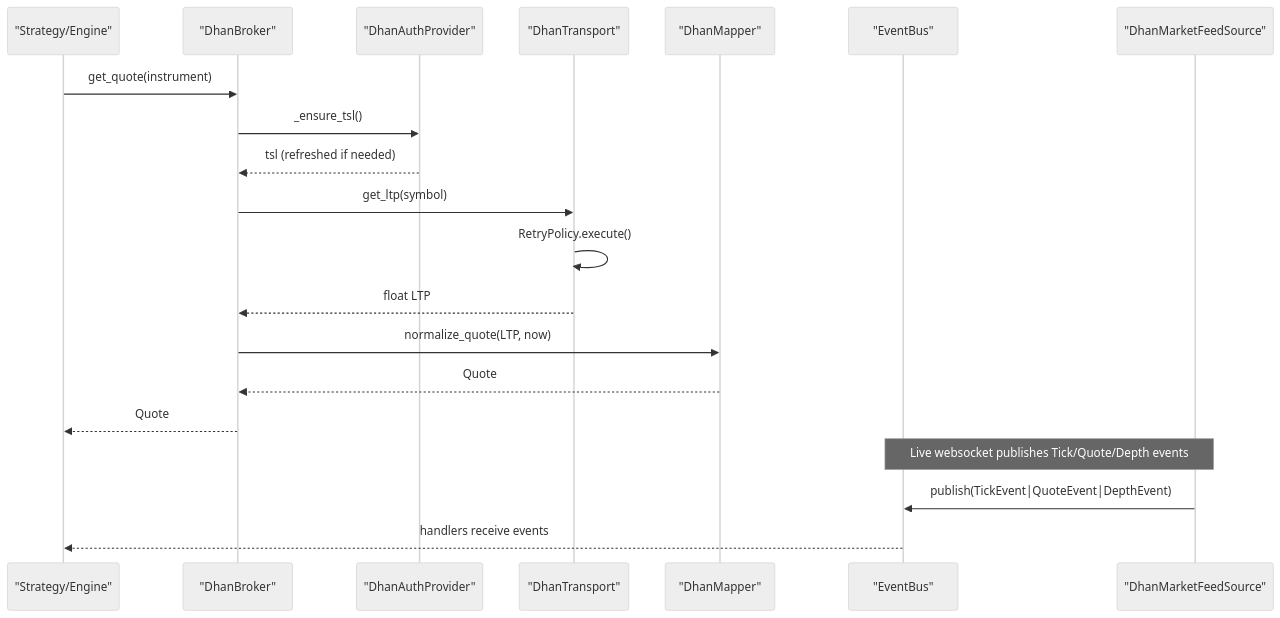
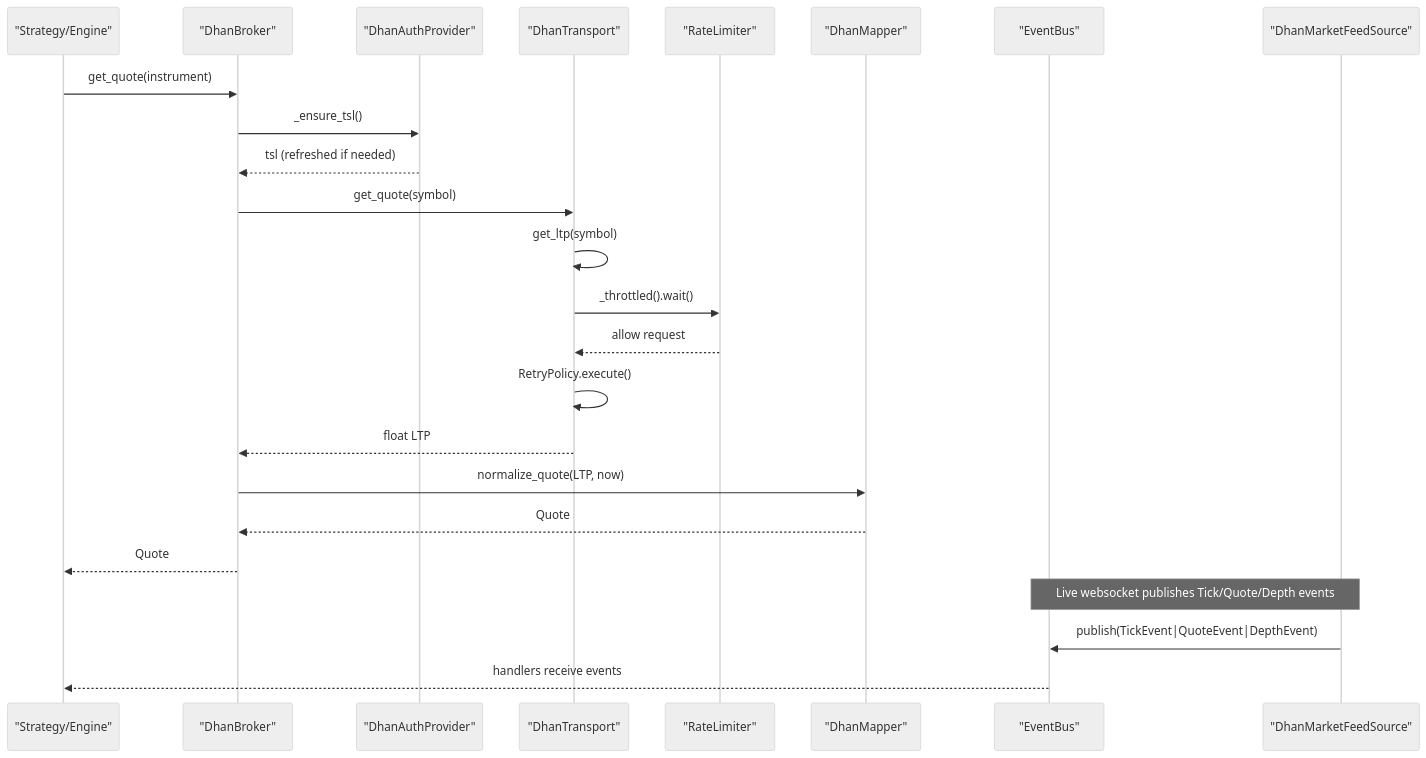
Before and after one commit to Ganesh-Kusundal/nTrade: the second of 11 diagrams in .qoder/repowiki/en/content/Broker Integration/Transport Layer & Connectivity.md, drawn with Mermaid (neutral theme). The commit also changed other lines of this file and 331 other files, not shown here.

````diff
--- a/.qoder/repowiki/en/content/Broker Integration/Transport Layer & Connectivity.md
+++ b/.qoder/repowiki/en/content/Broker Integration/Transport Layer & Connectivity.md
@@ -146,22 +163,26 @@
 ```mermaid
 sequenceDiagram
 participant App as "Strategy/Engine"
 participant Broker as "DhanBroker"
 participant Auth as "DhanAuthProvider"
 participant Trans as "DhanTransport"
+participant Limiter as "RateLimiter"
 participant Map as "DhanMapper"
 participant Bus as "EventBus"
 participant Feed as "DhanMarketFeedSource"
 App->>Broker : get_quote(instrument)
 Broker->>Auth : _ensure_tsl()
 Auth-->>Broker : tsl (refreshed if needed)
-Broker->>Trans : get_ltp(symbol)
+Broker->>Trans : get_quote(symbol)
+Trans->>Trans : get_ltp(symbol)
+Trans->>Limiter : _throttled().wait()
+Limiter-->>Trans : allow request
 Trans->>Trans : RetryPolicy.execute()
 Trans-->>Broker : float LTP
 Broker->>Map : normalize_quote(LTP, now)
 Map-->>Broker : Quote
 Broker-->>App : Quote
 Note over Feed,Bus : Live websocket publishes Tick/Quote/Depth events
 Feed->>Bus : publish(TickEvent|QuoteEvent|DepthEvent)
 Bus-->>App : handlers receive events
 ```
````
